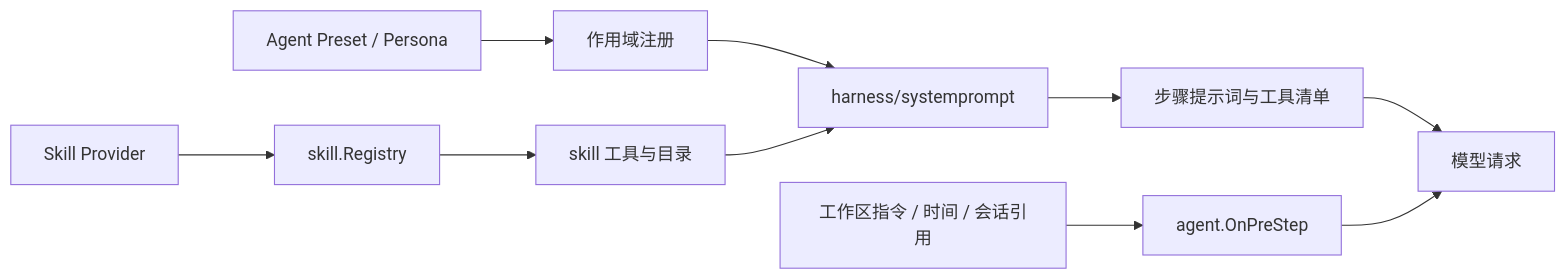
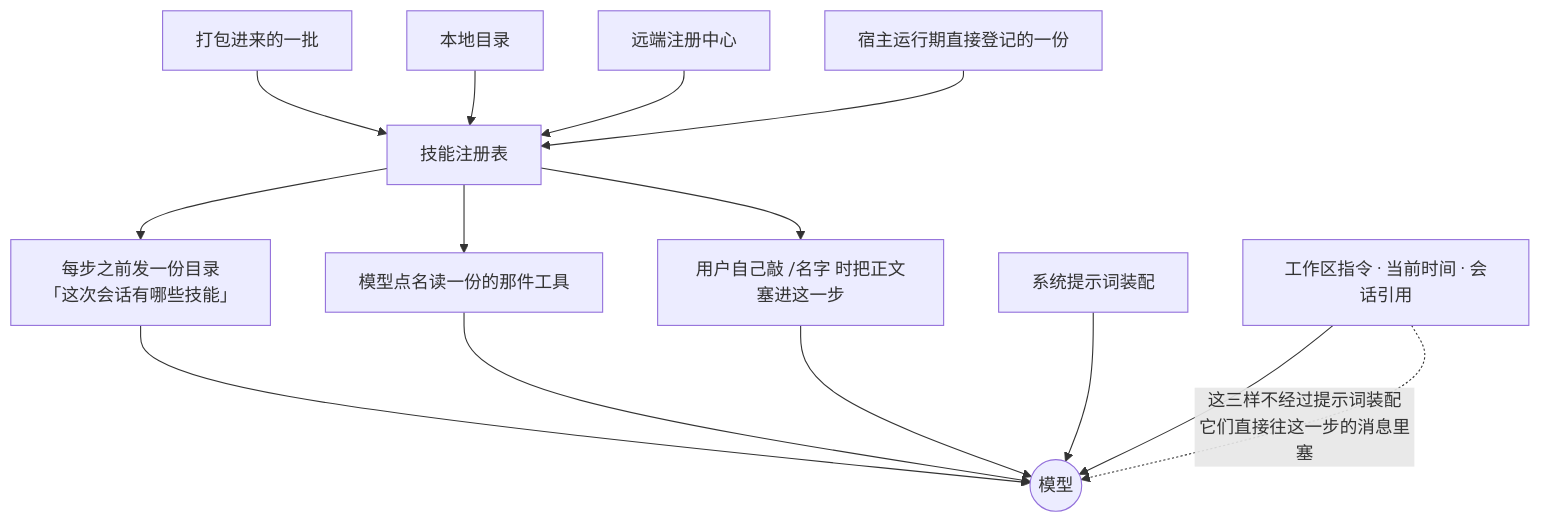
Before and after one commit to snight1983/ds-harness-go: the fourth of 31 diagrams in docs/modules/skill.md, drawn with Mermaid. The commit also changed other lines of this file and 43 other files, not shown here.

Commit message:
docs: 图解架构与模块设计

````diff
--- a/docs/modules/skill.md
+++ b/docs/modules/skill.md
@@ -11,12 +40,16 @@
 ```mermaid
-flowchart LR
-    Providers["Skill Provider"] --> SkillRegistry["skill.Registry"]
-    Presets["Agent Preset / Persona"] --> Scope["作用域注册"]
-    SkillRegistry --> SkillTool["skill 工具与目录"]
-    Scope --> Prompt["harness/systemprompt"]
-    SkillTool --> Prompt
-    Prompt --> Assembly["步骤提示词与工具清单"]
-    Assembly --> Model["模型请求"]
-    Context["工作区指令 / 时间 / 会话引用"] --> PreStep["agent.OnPreStep"]
-    PreStep --> Model
+flowchart TD
+    P1["打包进来的一批"] --> REG["技能注册表"]
+    P2["本地目录"] --> REG
+    P3["远端注册中心"] --> REG
+    P4["宿主运行期直接登记的一份"] --> REG
+    REG --> C1["每步之前发一份目录<br/>「这次会话有哪些技能」"]
+    REG --> C2["模型点名读一份的那件工具"]
+    REG --> C3["用户自己敲 /名字 时把正文塞进这一步"]
+    C1 --> M(("模型"))
+    C2 --> M
+    C3 --> M
+    PR["系统提示词装配"] --> M
+    CX["工作区指令 · 当前时间 · 会话引用"] --> M
+    CX -.->|"这三样不经过提示词装配<br/>它们直接往这一步的消息里塞"| M
 ```
````
